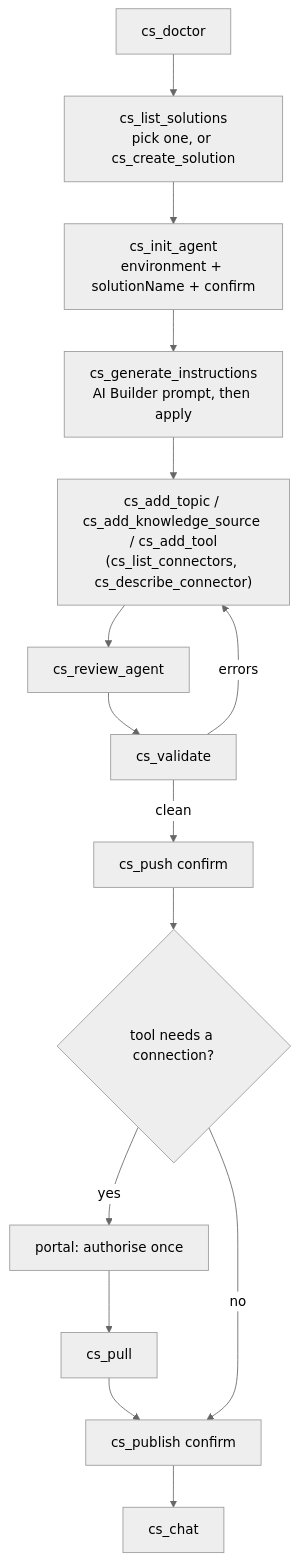
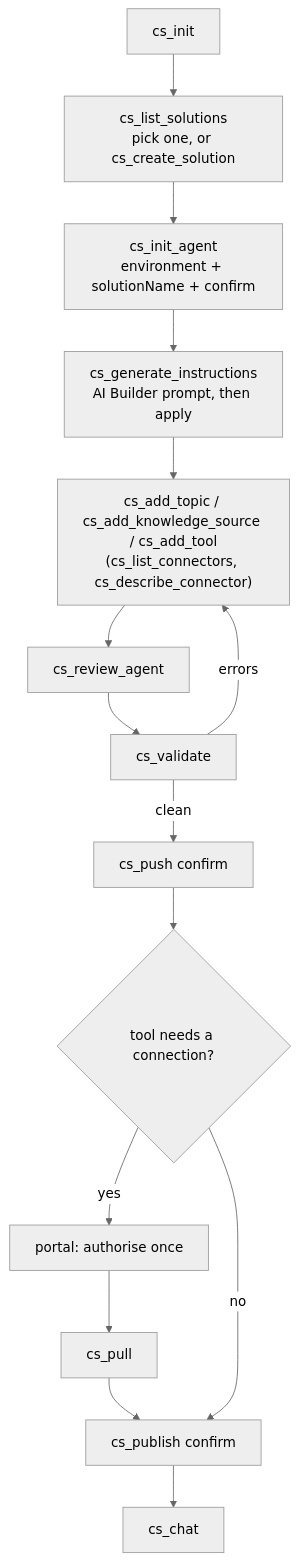
Before and after one commit to jgt87/copilot-studio-mcp: the second of 3 diagrams in README.md, drawn with Mermaid (neutral theme). The commit also changed other lines of this file and 12 other files, not shown here.

First line of the commit message:
Rename cs_doctor to cs_init

````diff
--- a/README.md
+++ b/README.md
@@ -455,15 +455,15 @@
 ```mermaid
 flowchart TD
-    A["cs_doctor"] --> B["cs_list_solutions<br/>pick one, or cs_create_solution"]
+    A["cs_init"] --> B["cs_list_solutions<br/>pick one, or cs_create_solution"]
     B --> C["cs_init_agent<br/>environment + solutionName + confirm"]
     C --> D["cs_generate_instructions<br/>AI Builder prompt, then apply"]
     D --> E["cs_add_topic / cs_add_knowledge_source / cs_add_tool<br/>(cs_list_connectors, cs_describe_connector)"]
     E --> R["cs_review_agent"]
     R --> H["cs_validate"]
     H -- errors --> E
     H -- clean --> I["cs_push confirm"]
     I --> J{"tool needs a connection?"}
     J -- yes --> J1["portal: authorise once"] --> J2["cs_pull"] --> K
     J -- no --> K["cs_publish confirm"]
     K --> L["cs_chat"]
 ```
````
